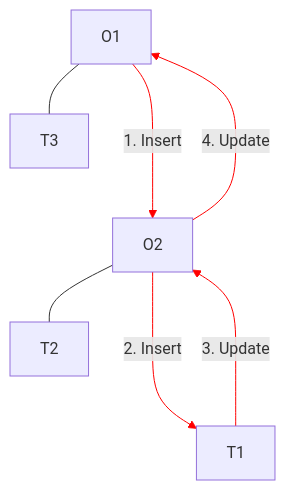
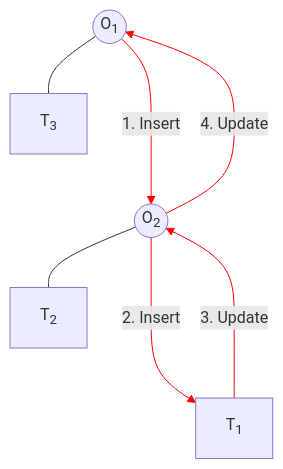
Before and after one commit to steve-kasica/roundup: the fourth of 4 diagrams in src/sagas/README.md, drawn with Mermaid. The commit also changed other lines of this file and 1 other file, not shown here.

Commit message:
Do not update focus object on operation update

````diff
--- a/src/sagas/README.md
+++ b/src/sagas/README.md
@@ -75,14 +79,14 @@
 ```mermaid
    graph TB
-   O1 --->|1. Insert| O2
+   O1(("O<sub>1<sub>")) --->|1. Insert| O2(("O<sub>2<sub>"))
       O2 -->|4. Update| O1
-   O1 --- T3
-   O2 --->|2. Insert| T1
+   O1 --- T3["T<sub>3<sub>"]
+   O2 --->|2. Insert| T1["T<sub>1<sub>"]
       T1 -->|3. Update| O2
-   O2 --- T2
+   O2 --- T2["T<sub>2<sub>"]
 
    linkStyle 0 stroke: red
    linkStyle 1 stroke: red
    linkStyle 3 stroke: red
    linkStyle 4 stroke: red
 ```
````
